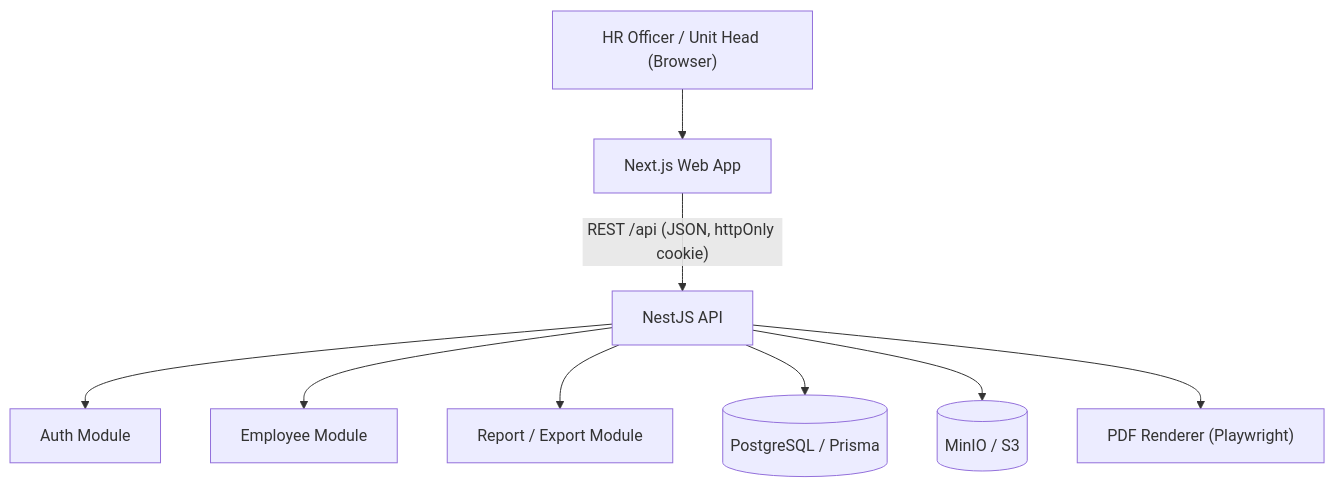
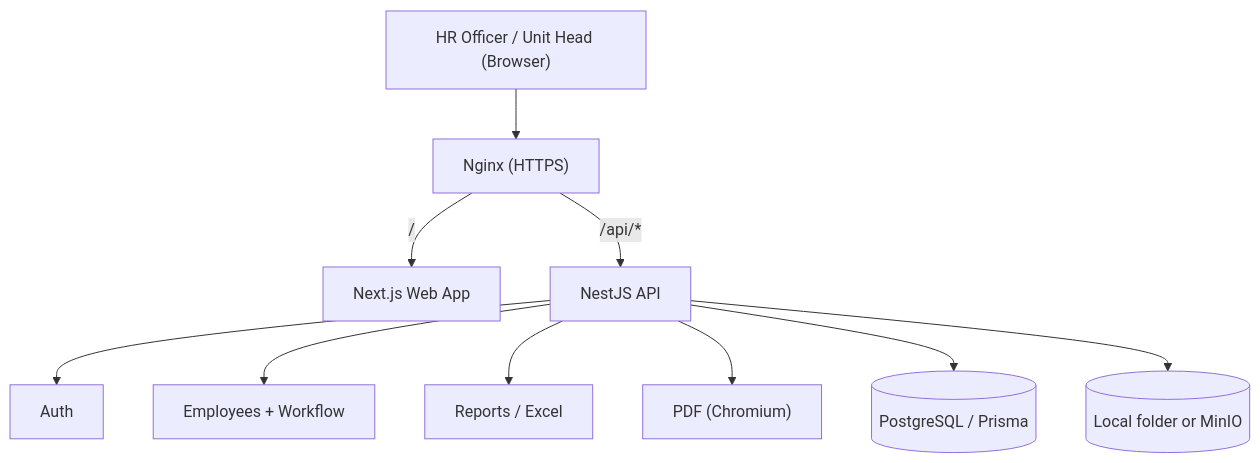
The first of 4 diagrams in docs/TECHNICAL_DOCUMENTATION.md (bora168-coder/employee_management), drawn with Mermaid before and after one commit. The commit also changed other lines of this file and 166 other files, not shown here.

````diff
--- a/docs/TECHNICAL_DOCUMENTATION.md
+++ b/docs/TECHNICAL_DOCUMENTATION.md
@@ -146,11 +149,12 @@
 ```mermaid
 flowchart TD
-    U["HR Officer / Unit Head (Browser)"] --> NX["Next.js Web App"]
-    NX -->|"REST /api (JSON, httpOnly cookie)"| API["NestJS API"]
-    API --> AUTH["Auth Module"]
-    API --> EMP["Employee Module"]
-    API --> REP["Report / Export Module"]
+    U["HR Officer / Unit Head (Browser)"] --> NG["Nginx (HTTPS)"]
+    NG -->|"/"| NX["Next.js Web App"]
+    NG -->|"/api/*"| API["NestJS API"]
+    API --> AUTH["Auth"]
+    API --> EMP["Employees + Workflow"]
+    API --> REP["Reports / Excel"]
+    API --> PDF["PDF (Chromium)"]
     API --> DB[("PostgreSQL / Prisma")]
-    API --> S3[("MinIO / S3")]
-    API --> PDF["PDF Renderer (Playwright)"]
+    API --> S3[("Local folder or MinIO")]
 ```
````
